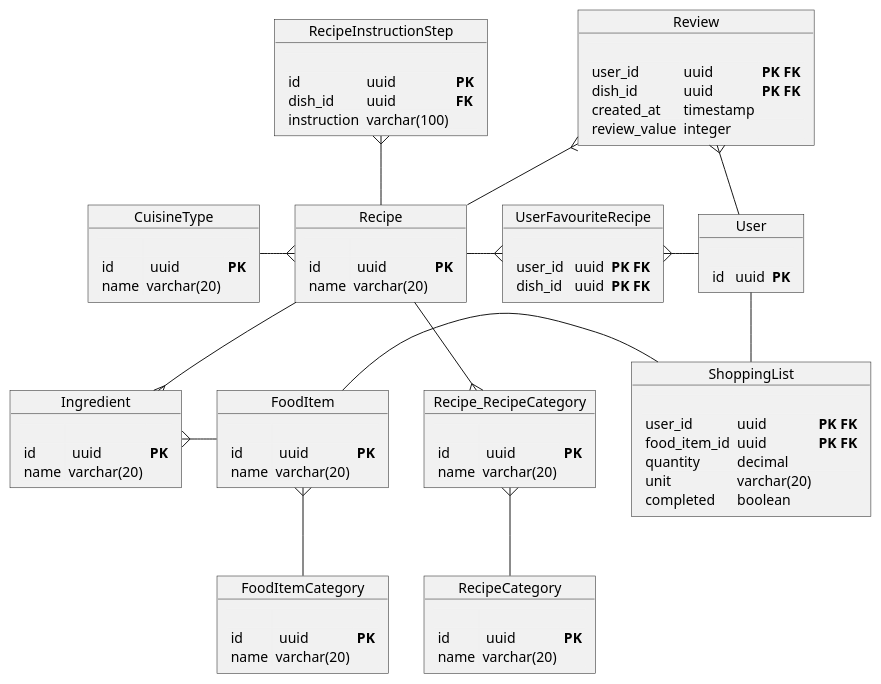
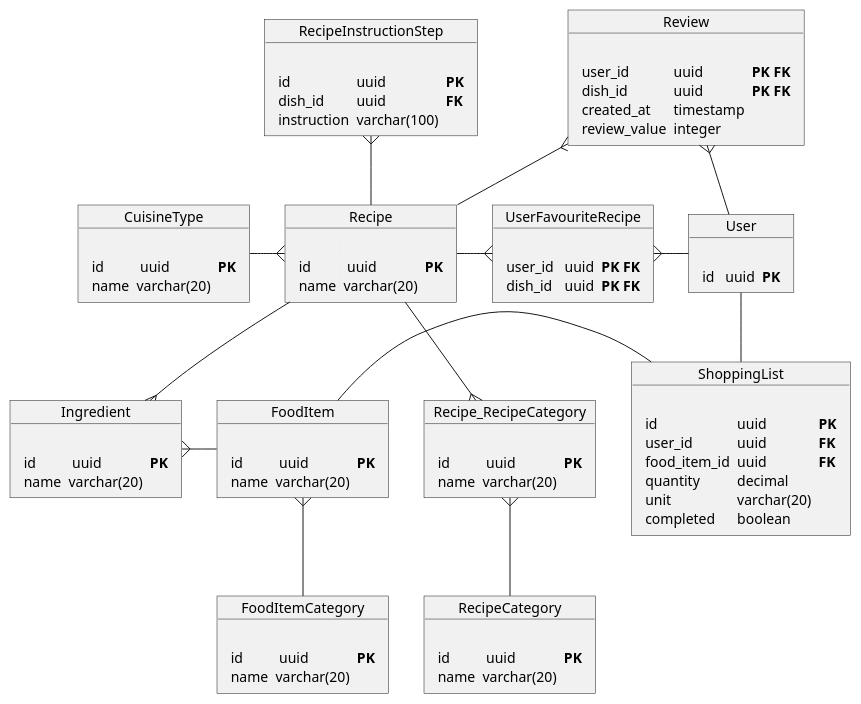
Before and after one commit to oskarski/inzynierka: the diagram in docs/db-schema.puml, drawn with PlantUML.

Commit message:
added `id` field to `ShoppingList`

```diff
--- a/docs/db-schema.puml
+++ b/docs/db-schema.puml
@@ -1,92 +1,93 @@
 @startuml
 object Recipe {
     <#F1F1F1,#F1F1F1>|= |= |= |
     | id |  uuid | **PK** |
     | name | varchar(20) |
 }
 
 object RecipeInstructionStep {
     <#F1F1F1,#F1F1F1>|= |= |= |
     | id | uuid | **PK** |
     | dish_id | uuid | **FK** |
     | instruction | varchar(100) |
 }
 
 object Ingredient {
   <#F1F1F1,#F1F1F1>|= |= |= |
     | id |  uuid | **PK** |
     | name | varchar(20) |
 }
 
 object FoodItem {
   <#F1F1F1,#F1F1F1>|= |= |= |
     | id |  uuid | **PK** |
     | name | varchar(20) |
 }
 
 object FoodItemCategory {
   <#F1F1F1,#F1F1F1>|= |= |= |
     | id |  uuid | **PK** |
     | name | varchar(20) |
 }
 
 object CuisineType {
     <#F1F1F1,#F1F1F1>|= |= |= |
     | id |  uuid | **PK** |
     | name | varchar(20) |
 }
 
 object RecipeCategory {
     <#F1F1F1,#F1F1F1>|= |= |= |
     | id |  uuid | **PK** |
     | name | varchar(20) |
 }
 
 object Recipe_RecipeCategory {
     <#F1F1F1,#F1F1F1>|= |= |= |
     | id |  uuid | **PK** |
     | name | varchar(20) |
 }
 
 object User {
     <#F1F1F1,#F1F1F1>|= |= |= |
     | id |  uuid | **PK** |
 }
 
 object UserFavouriteRecipe {
     <#F1F1F1,#F1F1F1>|= |= |= |
     | user_id |  uuid | **PK FK** |
     | dish_id |  uuid | **PK FK** |
 }
 
 object Review {
     <#F1F1F1,#F1F1F1>|= |= |= |
     | user_id | uuid | **PK FK** |
     | dish_id | uuid | **PK FK** |
     | created_at | timestamp | |
     | review_value | integer | |
 }
 
 object ShoppingList {
     <#F1F1F1,#F1F1F1>|= |= |= |
-    | user_id | uuid | **PK FK** |
-    | food_item_id | uuid | **PK FK** |
+    | id | uuid | **PK** |
+    | user_id | uuid | **FK** |
+    | food_item_id | uuid | **FK** |
     | quantity | decimal | |
     | unit | varchar(20) | |
     | completed | boolean | |
 }
 
 Recipe -down-{ Ingredient
 RecipeInstructionStep }-- Recipe
 Ingredient }-right- FoodItem
 FoodItem }-- FoodItemCategory
 Recipe }-left- CuisineType
 Recipe --{ Recipe_RecipeCategory
 Recipe_RecipeCategory }-- RecipeCategory
 Recipe -right-{ UserFavouriteRecipe
 UserFavouriteRecipe }-right- User
 Recipe -up-{ Review
 Review }-down- User
 User -- ShoppingList
 ShoppingList -left- FoodItem
 @enduml
```
